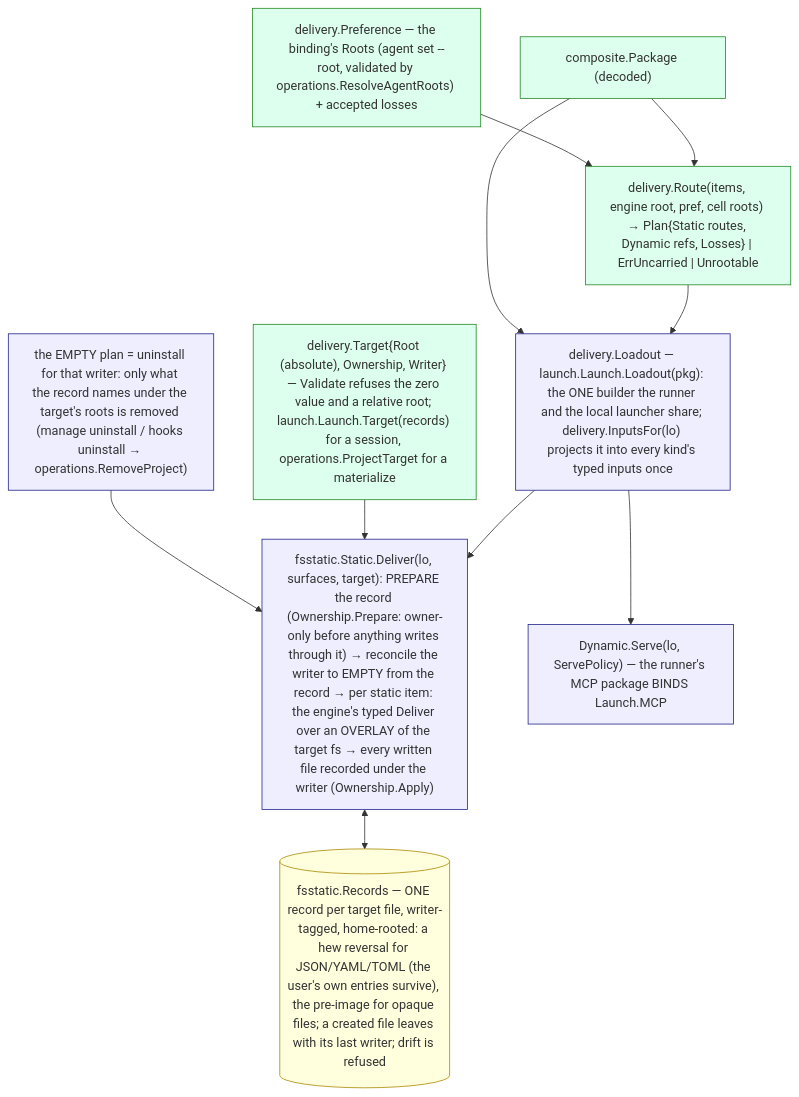
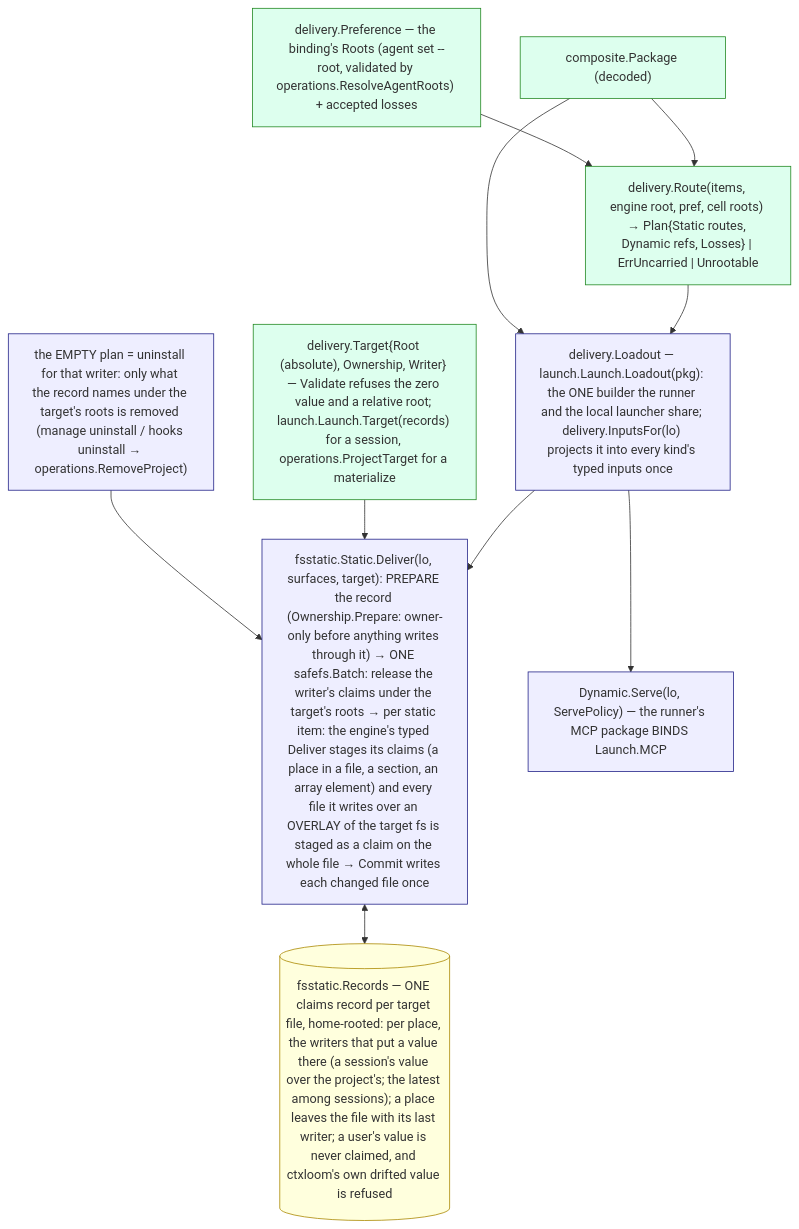
One commit to ctxloom/ctxloom changed the diagram in docs/architecture/core/delivery.md. Above: the diagram before and after it, drawn with Mermaid. The commit also changed other lines of this file, not shown here.

First line of the commit message:
docs(delivery): the record is the claims record (marshy-capture, untrimmed-camisole)

````diff
--- a/docs/architecture/core/delivery.md
+++ b/docs/architecture/core/delivery.md
@@ -12,26 +12,26 @@
 ```mermaid
 flowchart TB
     classDef decide fill:#dfe,stroke:#282
     classDef consume fill:#eef,stroke:#228
     classDef store fill:#ffd,stroke:#a80
 
     PKG["composite.Package (decoded)"]:::decide
     PREF["delivery.Preference — the binding's Roots (agent set --root, validated by operations.ResolveAgentRoots) + accepted losses"]:::decide
     ROUTE["delivery.Route(items, engine root, pref, cell roots) → Plan{Static routes, Dynamic refs, Losses} | ErrUncarried | Unrootable"]:::decide
     LO["delivery.Loadout — launch.Launch.Loadout(pkg): the ONE builder the runner and the local launcher share; delivery.InputsFor(lo) projects it into every kind's typed inputs once"]:::consume
     TGT["delivery.Target{Root (absolute), Ownership, Writer} — Validate refuses the zero value and a relative root; launch.Launch.Target(records) for a session, operations.ProjectTarget for a materialize"]:::decide
-    STATIC["fsstatic.Static.Deliver(lo, surfaces, target): PREPARE the record (Ownership.Prepare: owner-only before anything writes through it) → reconcile the writer to EMPTY from the record → per static item: the engine's typed Deliver over an OVERLAY of the target fs → every written file recorded under the writer (Ownership.Apply)"]:::consume
-    REC[("fsstatic.Records — ONE record per target file, writer-tagged, home-rooted: a hew reversal for JSON/YAML/TOML (the user's own entries survive), the pre-image for opaque files; a created file leaves with its last writer; drift is refused")]:::store
+    STATIC["fsstatic.Static.Deliver(lo, surfaces, target): PREPARE the record (Ownership.Prepare: owner-only before anything writes through it) → ONE safefs.Batch: release the writer's claims under the target's roots → per static item: the engine's typed Deliver stages its claims (a place in a file, a section, an array element) and every file it writes over an OVERLAY of the target fs is staged as a claim on the whole file → Commit writes each changed file once"]:::consume
+    REC[("fsstatic.Records — ONE claims record per target file, home-rooted: per place, the writers that put a value there (a session's value over the project's; the latest among sessions); a place leaves the file with its last writer; a user's value is never claimed, and ctxloom's own drifted value is refused")]:::store
     DYN["Dynamic.Serve(lo, ServePolicy) — the runner's MCP package BINDS Launch.MCP"]:::consume
     EMPTY["the EMPTY plan = uninstall for that writer: only what the record names under the target's roots is removed (manage uninstall / hooks uninstall → operations.RemoveProject)"]:::consume
 
     PKG --> ROUTE
     PREF --> ROUTE
     ROUTE --> LO
     PKG --> LO
     LO --> STATIC
     TGT --> STATIC
     STATIC <--> REC
     LO --> DYN
     EMPTY --> STATIC
 ```
````
